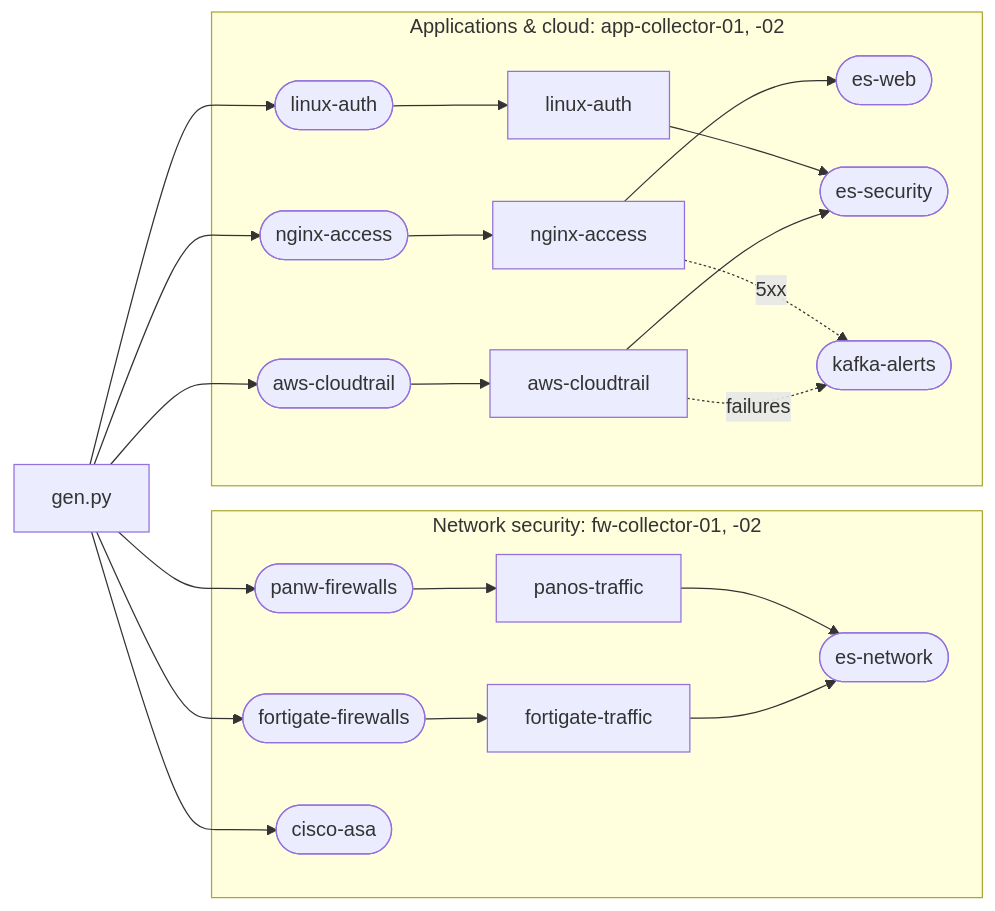
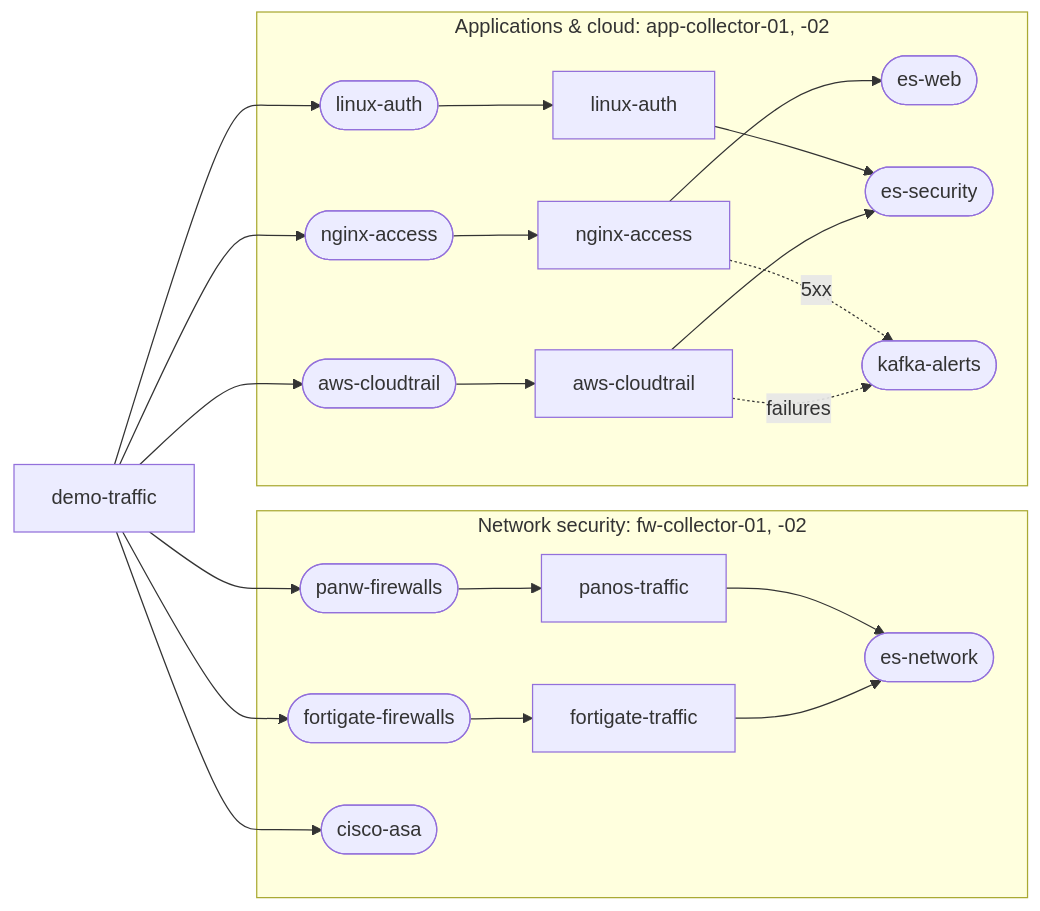
One commit to smeltr-sh/smeltr changed the diagram in tools/screenshots/README.md. Above: the diagram before and after it, drawn with Mermaid. The commit also changed other lines of this file and 20 other files, not shown here.

````diff
--- a/tools/screenshots/README.md
+++ b/tools/screenshots/README.md
@@ -18,16 +18,16 @@
 ```mermaid
 graph LR
-  gen[gen.py] --> pa([panw-firewalls]) & fg([fortigate-firewalls]) & ng([nginx-access]) & au([linux-auth]) & ct([aws-cloudtrail]) & asa([cisco-asa])
+  gen[demo-traffic] --> pa([panw-firewalls]) & fg([fortigate-firewalls]) & ng([nginx-access]) & au([linux-auth]) & ct([aws-cloudtrail]) & asa([cisco-asa])
   subgraph network [Network security: fw-collector-01, -02]
     pa --> pp[panos-traffic] --> esn([es-network])
     fg --> fp[fortigate-traffic] --> esn
     asa
   end
   subgraph apps [Applications & cloud: app-collector-01, -02]
     ng --> np[nginx-access] --> esw([es-web])
     au --> ap[linux-auth] --> ess([es-security])
     ct --> cp[aws-cloudtrail] --> ess
     np -. 5xx .-> ka([kafka-alerts])
     cp -. failures .-> ka
   end
 ```
````
